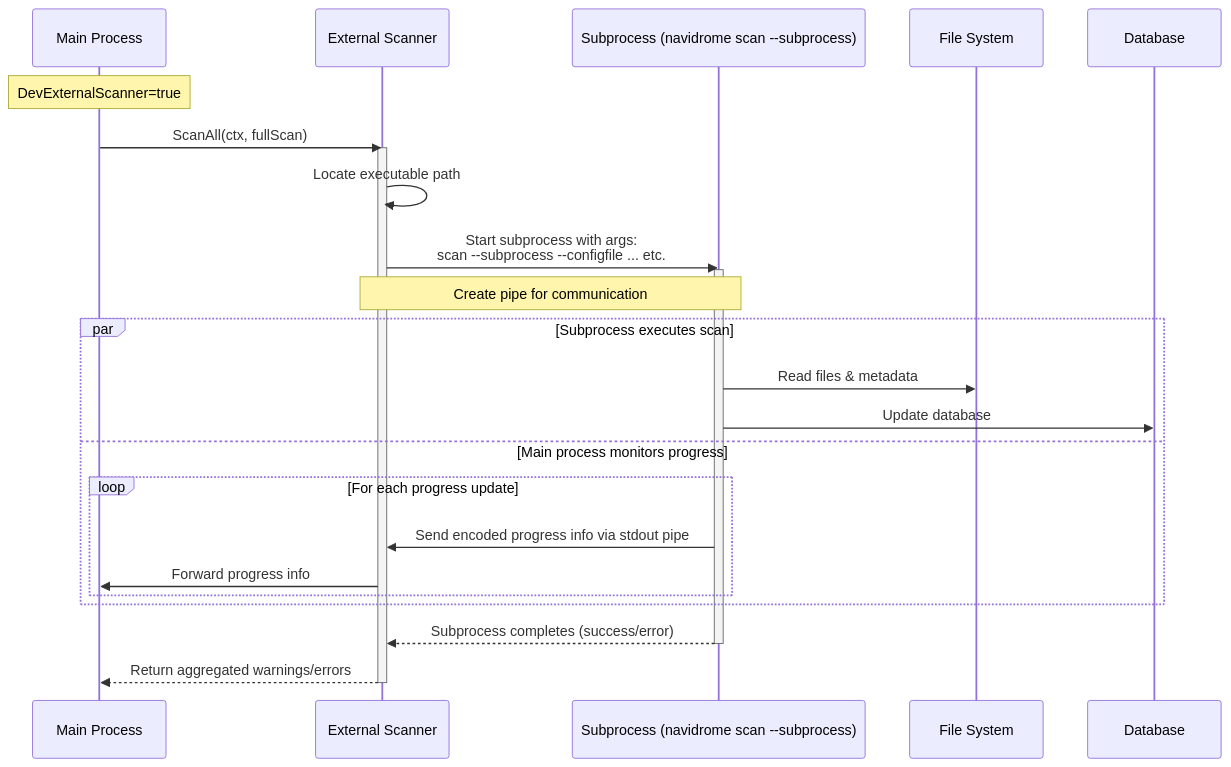
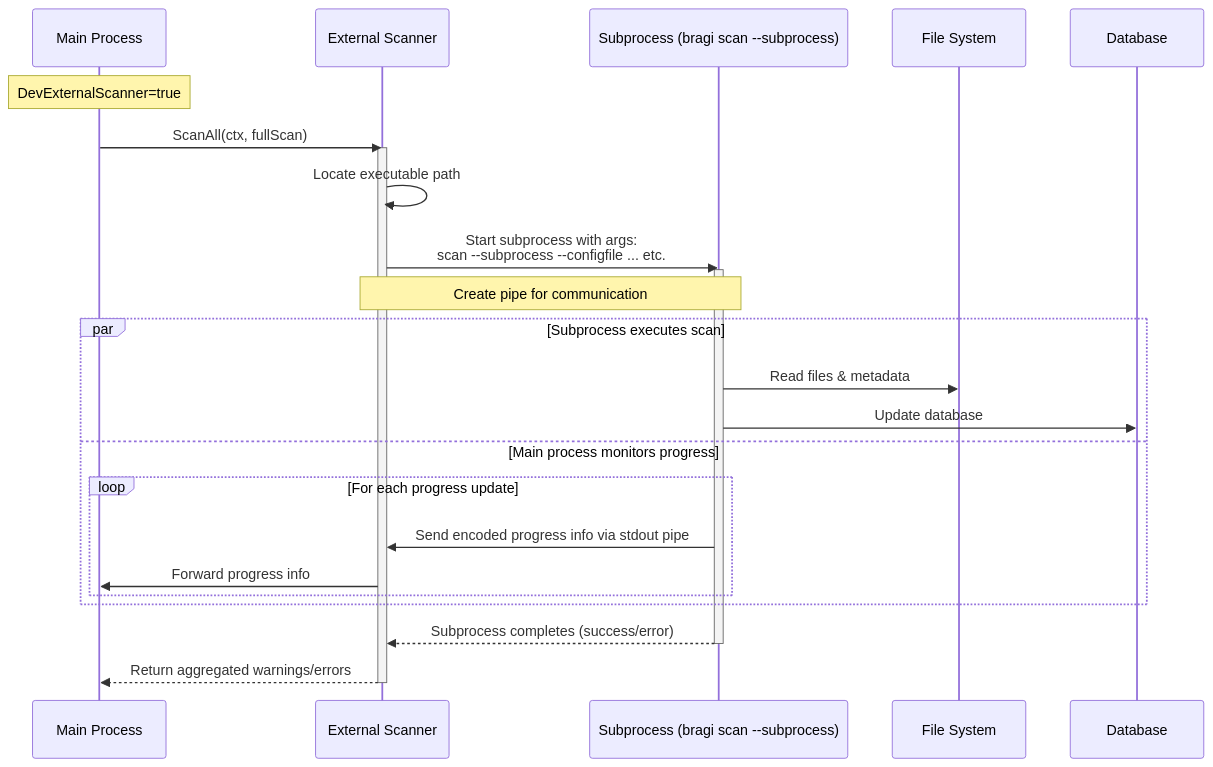
One commit to Kinanqazan/Bragi changed the second of 7 diagrams in scanner/README.md. Above: the diagram before and after it, drawn with Mermaid. The commit also changed other lines of this file and 704 other files, not shown here.

````diff
--- a/scanner/README.md
+++ b/scanner/README.md
@@ -96,33 +96,33 @@
 ```mermaid
 sequenceDiagram
     participant MP as Main Process
     participant ES as External Scanner
-    participant SP as Subprocess (navidrome scan --subprocess)
+    participant SP as Subprocess (bragi scan --subprocess)
     participant FS as File System
     participant DB as Database
     
     Note over MP: DevExternalScanner=true
     MP->>ES: ScanAll(ctx, fullScan)
     activate ES
     
     ES->>ES: Locate executable path
     ES->>SP: Start subprocess with args:<br>scan --subprocess --configfile ... etc.
     activate SP
     
     Note over ES,SP: Create pipe for communication
     
     par Subprocess executes scan
         SP->>FS: Read files & metadata
         SP->>DB: Update database
     and Main process monitors progress
         loop For each progress update
             SP->>ES: Send encoded progress info via stdout pipe
             ES->>MP: Forward progress info
         end
     end
     
     SP-->>ES: Subprocess completes (success/error)
     deactivate SP
     ES-->>MP: Return aggregated warnings/errors
     deactivate ES
 ```
````
